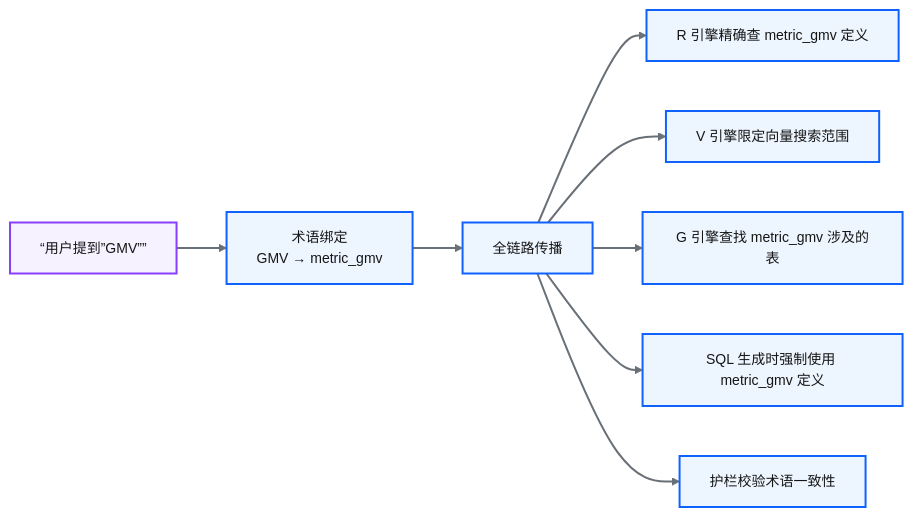
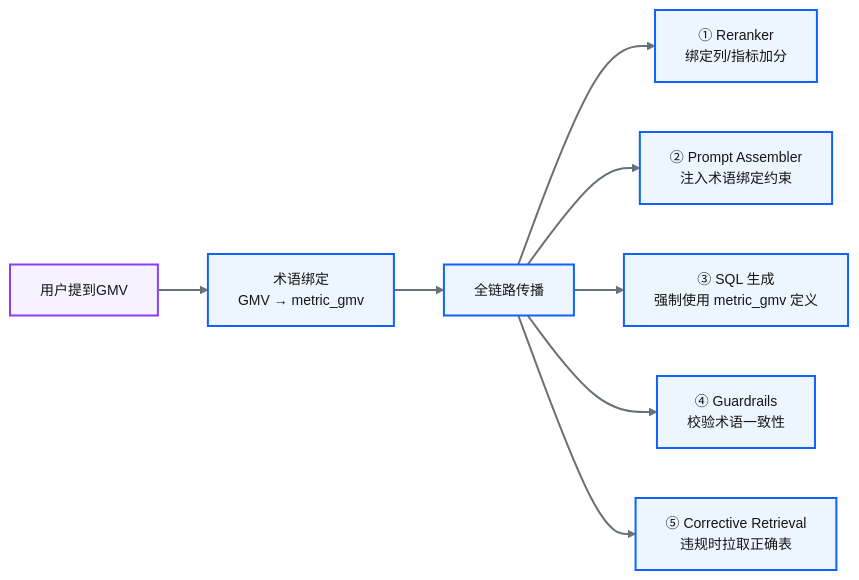
One commit to zhiweio/from-data-to-intelligence changed the third of 5 diagrams in docs/41-RVGD四引擎RAG检索.md. Above: the diagram before and after it, drawn with Mermaid. The commit also changed other lines of this file and 13 other files, not shown here.

````diff
--- a/docs/41-RVGD四引擎RAG检索.md
+++ b/docs/41-RVGD四引擎RAG检索.md
@@ -68,30 +181,26 @@
 ```mermaid
 %%{init: {'theme':'base','themeVariables':{'primaryColor':'#edf5ff','primaryTextColor':'#161616','primaryBorderColor':'#0f62fe','lineColor':'#697077','secondaryColor':'#d9fbfb','tertiaryColor':'#f2f4f8','fontSize':'14px'}}}%%
 flowchart LR
- TERM[“用户提到”GMV””] --> BIND[术语绑定<br/>GMV → metric_gmv]
+ TERM["用户提到"GMV""] --> BIND[术语绑定<br/>GMV → metric_gmv]
  BIND --> PROPAGATE[全链路传播]
 
- PROPAGATE --> R[R 引擎精确查 metric_gmv 定义]
- PROPAGATE --> V[V 引擎限定向量搜索范围]
- PROPAGATE --> G[G 引擎查找 metric_gmv 涉及的表]
- PROPAGATE --> GEN[SQL 生成时强制使用 metric_gmv 定义]
- PROPAGATE --> GUARD[护栏校验术语一致性]
+ PROPAGATE --> R1[① Reranker<br/>绑定列/指标加分]
+ PROPAGATE --> R2[② Prompt Assembler<br/>注入术语绑定约束]
+ PROPAGATE --> R3[③ SQL 生成<br/>强制使用 metric_gmv 定义]
+ PROPAGATE --> R4[④ Guardrails<br/>校验术语一致性]
+ PROPAGATE --> R5[⑤ Corrective Retrieval<br/>违规时拉取正确表]
 
  classDef bpProcess fill:#edf5ff,stroke:#0f62fe,stroke-width:2px,color:#161616
  classDef bpData fill:#d9fbfb,stroke:#007d79,stroke-width:2px,color:#161616
  classDef bpDecision fill:#fcf4d6,stroke:#f1c21b,stroke-width:2px,color:#161616
  classDef bpSuccess fill:#defbe6,stroke:#198038,stroke-width:2px,color:#161616
  classDef bpError fill:#fff1f1,stroke:#da1e28,stroke-width:2px,color:#161616
  classDef bpExternal fill:#f2f4f8,stroke:#697077,stroke-width:2px,color:#161616
  classDef bpInfo fill:#f6f2ff,stroke:#8a3ffc,stroke-width:2px,color:#161616
  classDef bpGroup fill:#ffffff,stroke:#0f62fe,stroke-width:2px,color:#161616
  class TERM bpInfo
  class BIND bpProcess
  class PROPAGATE bpProcess
- class R bpProcess
- class V bpProcess
- class G bpProcess
- class GEN bpProcess
- class GUARD bpProcess
+ class R1,R2,R3,R4,R5 bpProcess
  linkStyle default stroke:#697077,stroke-width:2px
 ```
````
